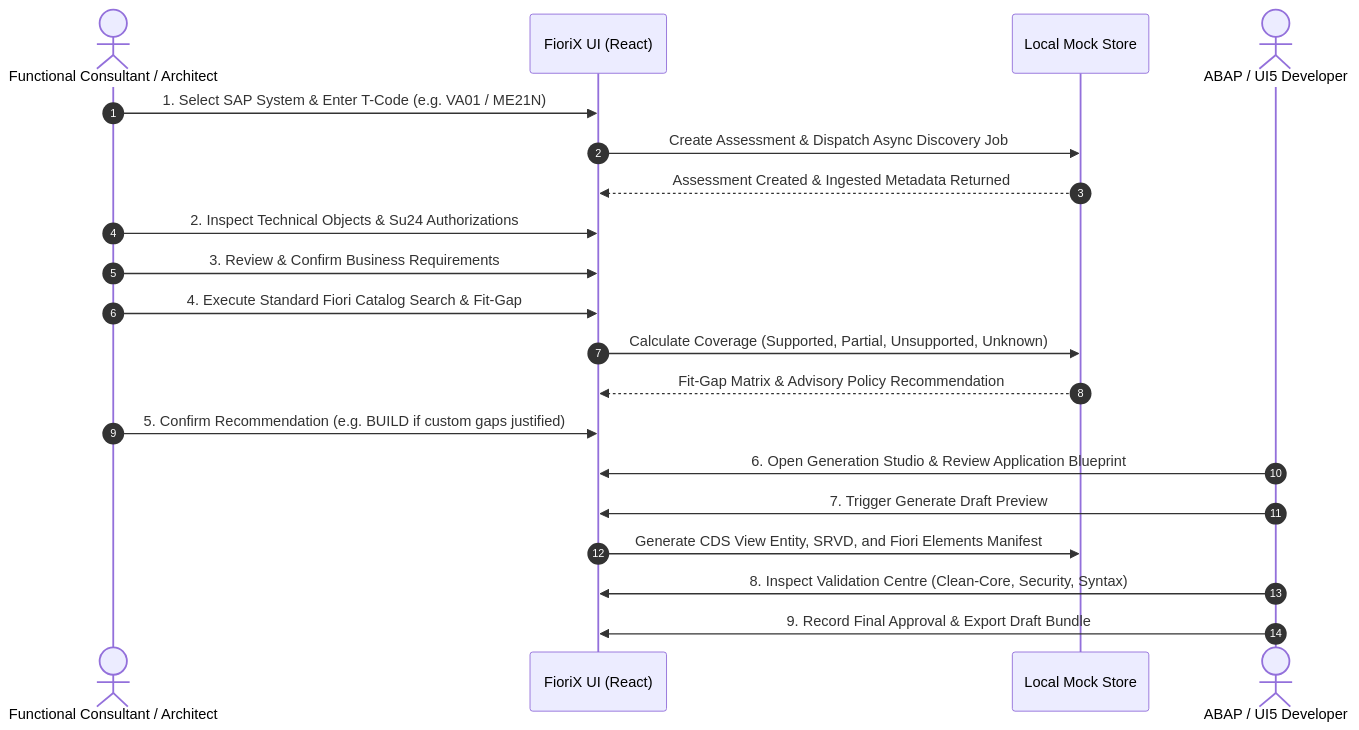
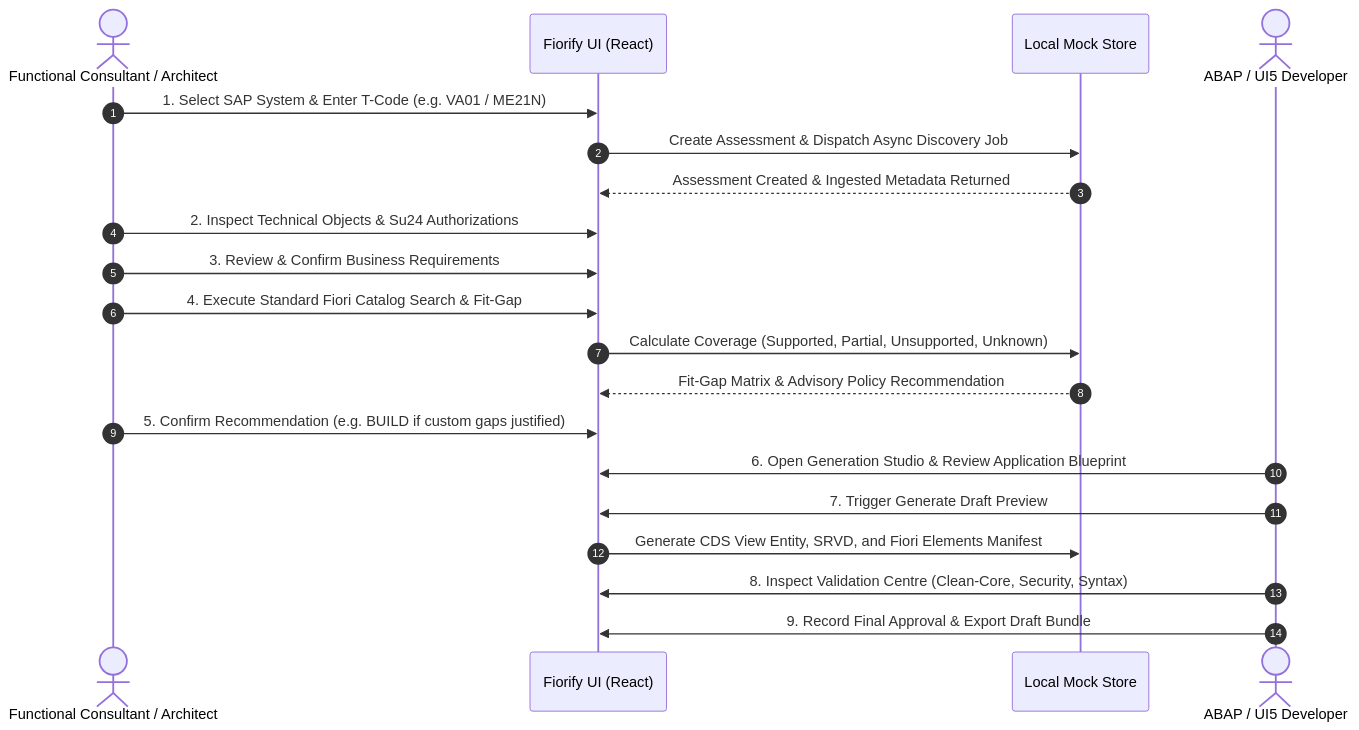
The diagram in docs/ux/user-workflows.md (samarth092005/Firorix), drawn with Mermaid before and after one commit. The commit also changed other lines of this file and 395 other files, not shown here.

````diff
--- a/docs/ux/user-workflows.md
+++ b/docs/ux/user-workflows.md
@@ -10,23 +10,23 @@
 ```mermaid
 sequenceDiagram
     autonumber
     actor Consultant as Functional Consultant / Architect
-    participant Shell as FioriX UI (React)
+    participant Shell as Fiorify UI (React)
     participant Store as Local Mock Store
     actor Developer as ABAP / UI5 Developer
 
     Consultant->>Shell: 1. Select SAP System & Enter T-Code (e.g. VA01 / ME21N)
     Shell->>Store: Create Assessment & Dispatch Async Discovery Job
     Store-->>Shell: Assessment Created & Ingested Metadata Returned
     Consultant->>Shell: 2. Inspect Technical Objects & Su24 Authorizations
     Consultant->>Shell: 3. Review & Confirm Business Requirements
     Consultant->>Shell: 4. Execute Standard Fiori Catalog Search & Fit-Gap
     Shell->>Store: Calculate Coverage (Supported, Partial, Unsupported, Unknown)
     Store-->>Shell: Fit-Gap Matrix & Advisory Policy Recommendation
     Consultant->>Shell: 5. Confirm Recommendation (e.g. BUILD if custom gaps justified)
     Developer->>Shell: 6. Open Generation Studio & Review Application Blueprint
     Developer->>Shell: 7. Trigger Generate Draft Preview
     Shell->>Store: Generate CDS View Entity, SRVD, and Fiori Elements Manifest
     Developer->>Shell: 8. Inspect Validation Centre (Clean-Core, Security, Syntax)
     Developer->>Shell: 9. Record Final Approval & Export Draft Bundle
 ```
````
